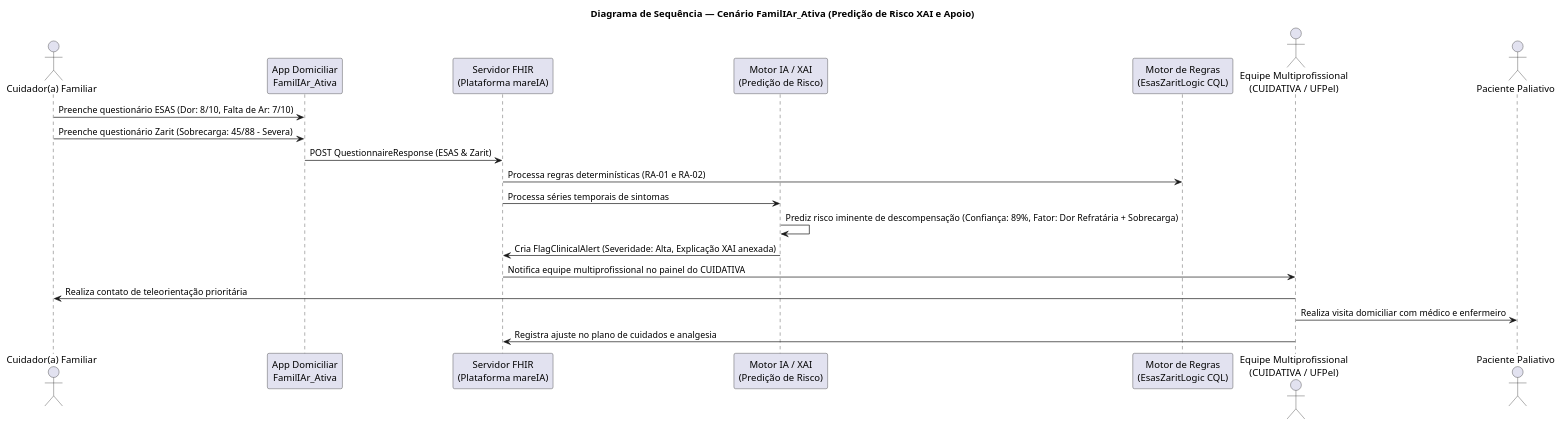
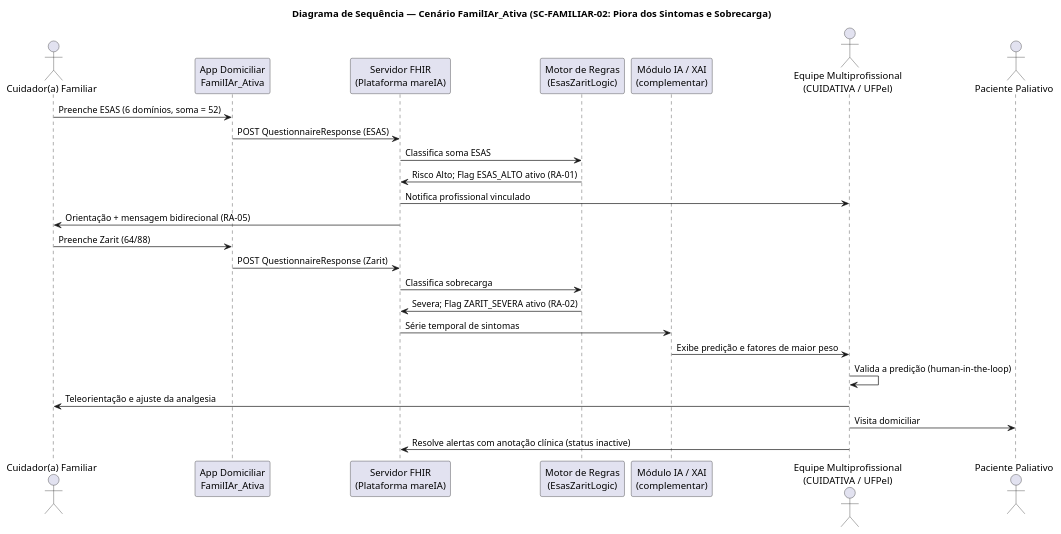
Before and after one commit to brunovitorp/mareIA-ig: the diagram in input/images-source/scenario-sequence-familiarativa.plantuml, drawn with PlantUML. The commit also changed 11 other files, not shown here.

```diff
--- a/input/images-source/scenario-sequence-familiarativa.plantuml
+++ b/input/images-source/scenario-sequence-familiarativa.plantuml
@@ -1,25 +1,30 @@
 @startuml
-title Diagrama de Sequência — Cenário FamilIAr_Ativa (Predição de Risco XAI e Apoio)
+title Diagrama de Sequência — Cenário FamilIAr_Ativa (SC-FAMILIAR-02: Piora dos Sintomas e Sobrecarga)
 skinparam shadowing false
 skinparam defaultFontName Helvetica
 
 actor "Cuidador(a) Familiar" as Cuidador
 participant "App Domiciliar\nFamilIAr_Ativa" as App
 participant "Servidor FHIR\n(Plataforma mareIA)" as FHIR
-participant "Motor IA / XAI\n(Predição de Risco)" as XAI
-participant "Motor de Regras\n(EsasZaritLogic CQL)" as Engine
+participant "Motor de Regras\n(EsasZaritLogic)" as Engine
+participant "Módulo IA / XAI\n(complementar)" as XAI
 actor "Equipe Multiprofissional\n(CUIDATIVA / UFPel)" as Equipe
 actor "Paciente Paliativo" as Paciente
 
-Cuidador -> App: Preenche questionário ESAS (Dor: 8/10, Falta de Ar: 7/10)
-Cuidador -> App: Preenche questionário Zarit (Sobrecarga: 45/88 - Severa)
-App -> FHIR: POST QuestionnaireResponse (ESAS & Zarit)
-FHIR -> Engine: Processa regras determinísticas (RA-01 e RA-02)
-FHIR -> XAI: Processa séries temporais de sintomas
-XAI -> XAI: Prediz risco iminente de descompensação (Confiança: 89%, Fator: Dor Refratária + Sobrecarga)
-XAI -> FHIR: Cria FlagClinicalAlert (Severidade: Alta, Explicação XAI anexada)
-FHIR -> Equipe: Notifica equipe multiprofissional no painel do CUIDATIVA
-Equipe -> Cuidador: Realiza contato de teleorientação prioritária
-Equipe -> Paciente: Realiza visita domiciliar com médico e enfermeiro
-Equipe -> FHIR: Registra ajuste no plano de cuidados e analgesia
+Cuidador -> App: Preenche ESAS (6 domínios, soma = 52)
+App -> FHIR: POST QuestionnaireResponse (ESAS)
+FHIR -> Engine: Classifica soma ESAS
+Engine -> FHIR: Risco Alto; Flag ESAS_ALTO ativo (RA-01)
+FHIR -> Equipe: Notifica profissional vinculado
+FHIR -> Cuidador: Orientação + mensagem bidirecional (RA-05)
+Cuidador -> App: Preenche Zarit (64/88)
+App -> FHIR: POST QuestionnaireResponse (Zarit)
+FHIR -> Engine: Classifica sobrecarga
+Engine -> FHIR: Severa; Flag ZARIT_SEVERA ativo (RA-02)
+FHIR -> XAI: Série temporal de sintomas
+XAI -> Equipe: Exibe predição e fatores de maior peso
+Equipe -> Equipe: Valida a predição (human-in-the-loop)
+Equipe -> Cuidador: Teleorientação e ajuste da analgesia
+Equipe -> Paciente: Visita domiciliar
+Equipe -> FHIR: Resolve alertas com anotação clínica (status inactive)
 @enduml
```
